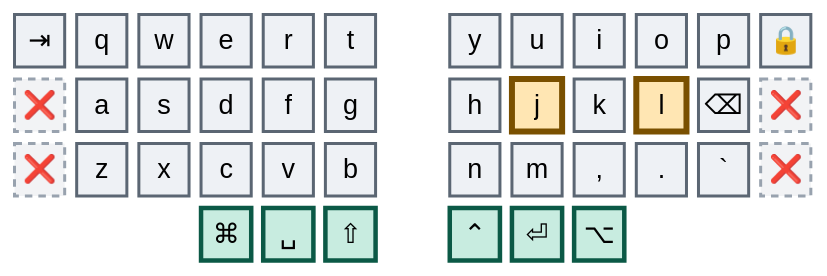
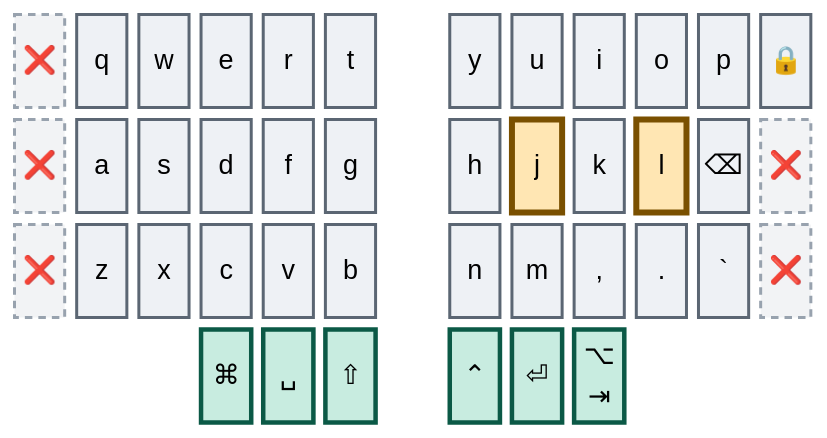
The eighth of 41 diagrams in combos.md (abloch/zmk-corne), drawn with Mermaid before and after one commit. The commit also changed other lines of this file and 5 other files, not shown here.

````diff
--- a/combos.md
+++ b/combos.md
@@ -209,21 +209,21 @@
 ```mermaid
 %%{init: {'theme':'base','themeVariables':{'primaryColor':'#eef1f5','primaryTextColor':'#0b0f14','primaryBorderColor':'#5b6673','nodeTextColor':'#0b0f14','textColor':'#0b0f14','mainBkg':'#eef1f5','fontSize':'18px'}}}%%
 block
 columns 13
 
-  tab["⇥"] q w e r t space y u i o p lock["🔒"]
+  tab["❌"] q w e r t space y u i o p lock["🔒"]
   x4["❌"] a s d f g space h j k l bspc["⌫"] x1["❌"]
   x2["❌"] z x c v b space n m cma[","] dot["."] grv[" `"] x3["❌"]
-  space:3 cmd["⌘"] spc["␣"] sft["⇧"] space ctl["⌃"] ent["⏎"] alt["⌥"] space:3
+  space:3 cmd["⌘"] spc["␣"] sft["⇧"] space ctl["⌃"] ent["⏎"] alt["⌥<br/>⇥"] space:3
 
   classDef anchor fill:#bfe6f0,stroke:#0a4f63,stroke-width:4px,color:#04222b
   classDef trig fill:#ffe6b3,stroke:#7a5000,stroke-width:4px,color:#2e1e00
   classDef core fill:#eef1f5,stroke:#5b6673,stroke-width:2px,color:#0b0f14
   classDef thumb fill:#c8ece0,stroke:#0b5946,stroke-width:3px,color:#06241c
   classDef dead fill:#f2f3f5,stroke:#98a2ae,stroke-width:2px,stroke-dasharray:5 4,color:#5b6673
 
   class j,l trig
-  class tab,q,w,e,r,t,y,u,i,o,p,lock,a,s,d,f,g,h,k,bspc,z,x,c,v,b,n,m,cma,dot,grv core
+  class q,w,e,r,t,y,u,i,o,p,lock,a,s,d,f,g,h,k,bspc,z,x,c,v,b,n,m,cma,dot,grv core
   class cmd,spc,sft,ctl,ent,alt thumb
-  class x1,x2,x3,x4 dead
+  class tab,x1,x2,x3,x4 dead
 ```
````
